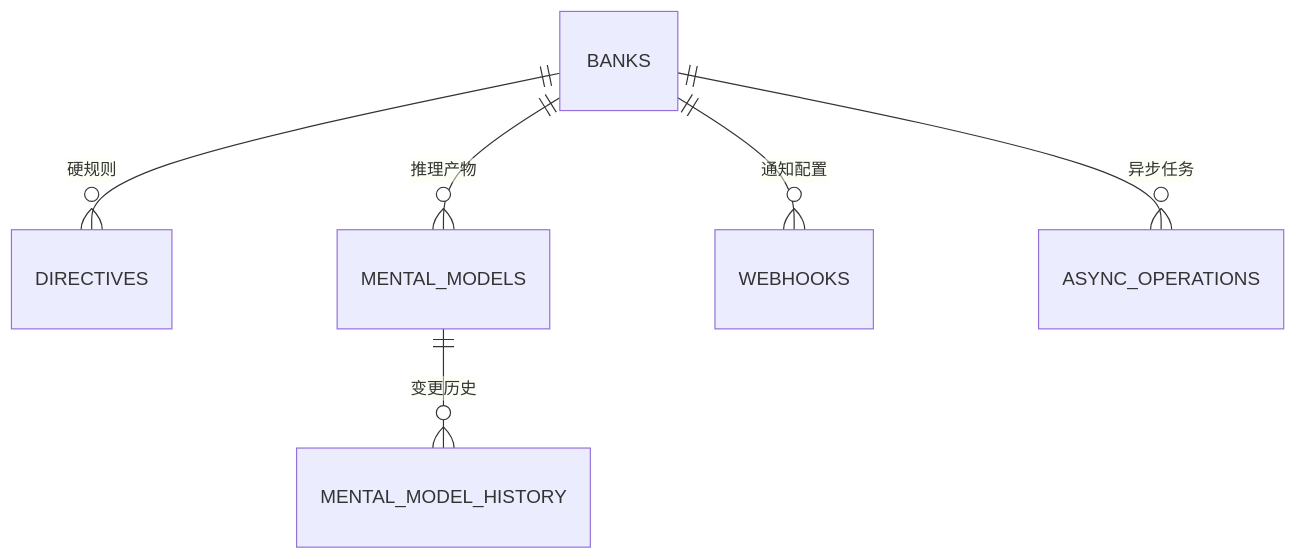
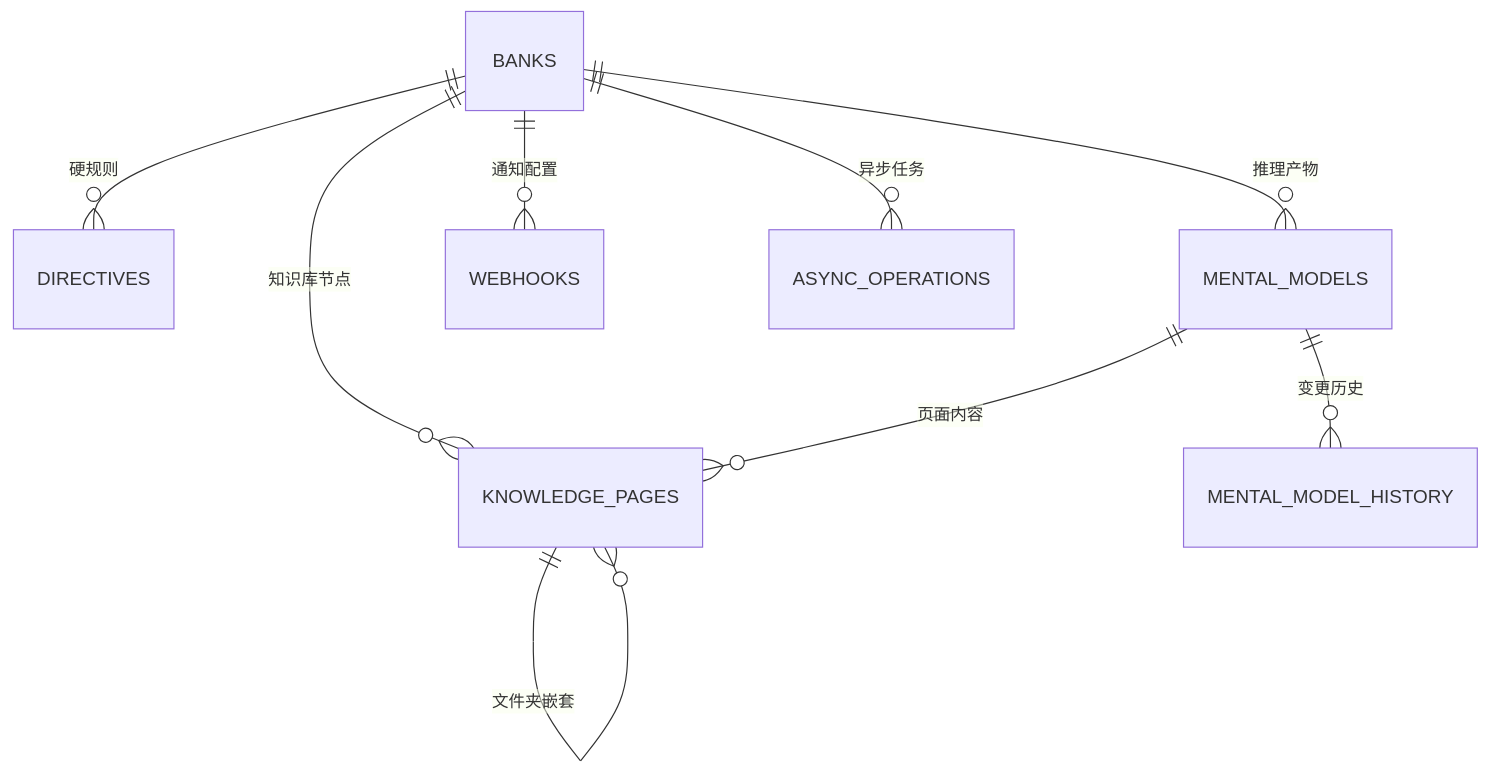
The second of 12 diagrams in my-docs/20260803-hindsight-architecture-evolution-analysis.md (weikejia123/hindsight), drawn with Mermaid before and after one commit. The commit also changed other lines of this file and 2 other files, not shown here.

````diff
--- a/my-docs/20260803-hindsight-architecture-evolution-analysis.md
+++ b/my-docs/20260803-hindsight-architecture-evolution-analysis.md
@@ -471,8 +494,11 @@
 ```mermaid
 erDiagram
     BANKS ||--o{ DIRECTIVES : "硬规则"
     BANKS ||--o{ MENTAL_MODELS : "推理产物"
     BANKS ||--o{ WEBHOOKS : "通知配置"
     BANKS ||--o{ ASYNC_OPERATIONS : "异步任务"
+    BANKS ||--o{ KNOWLEDGE_PAGES : "知识库节点"
     MENTAL_MODELS ||--o{ MENTAL_MODEL_HISTORY : "变更历史"
+    MENTAL_MODELS ||--o{ KNOWLEDGE_PAGES : "页面内容"
+    KNOWLEDGE_PAGES ||--o{ KNOWLEDGE_PAGES : "文件夹嵌套"
 ```
````
